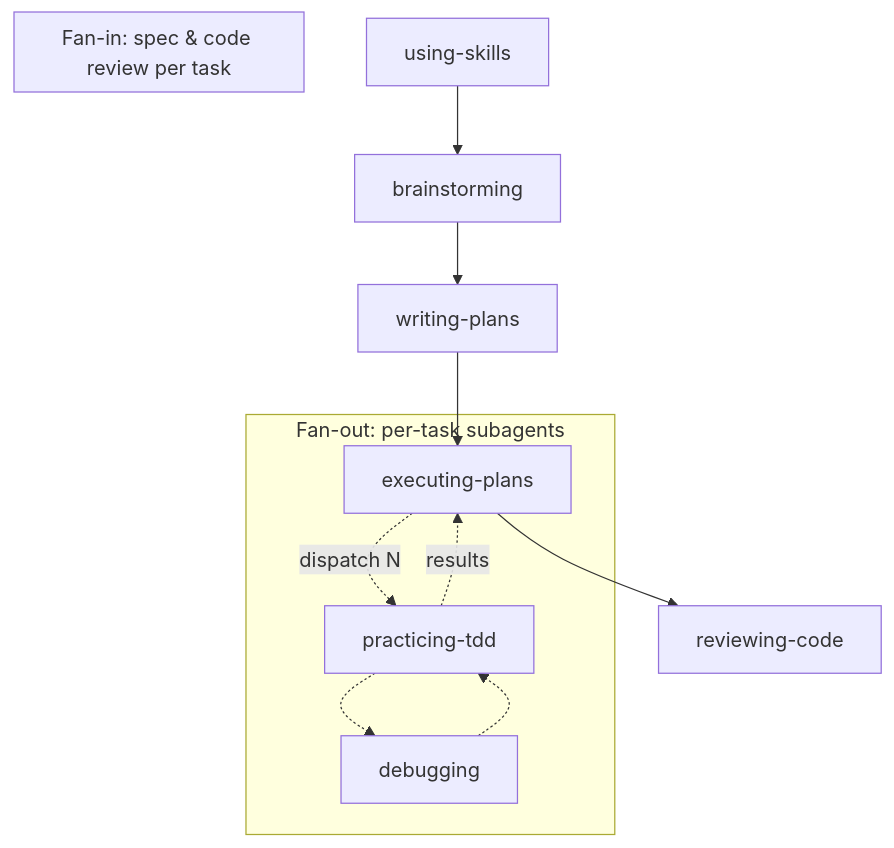
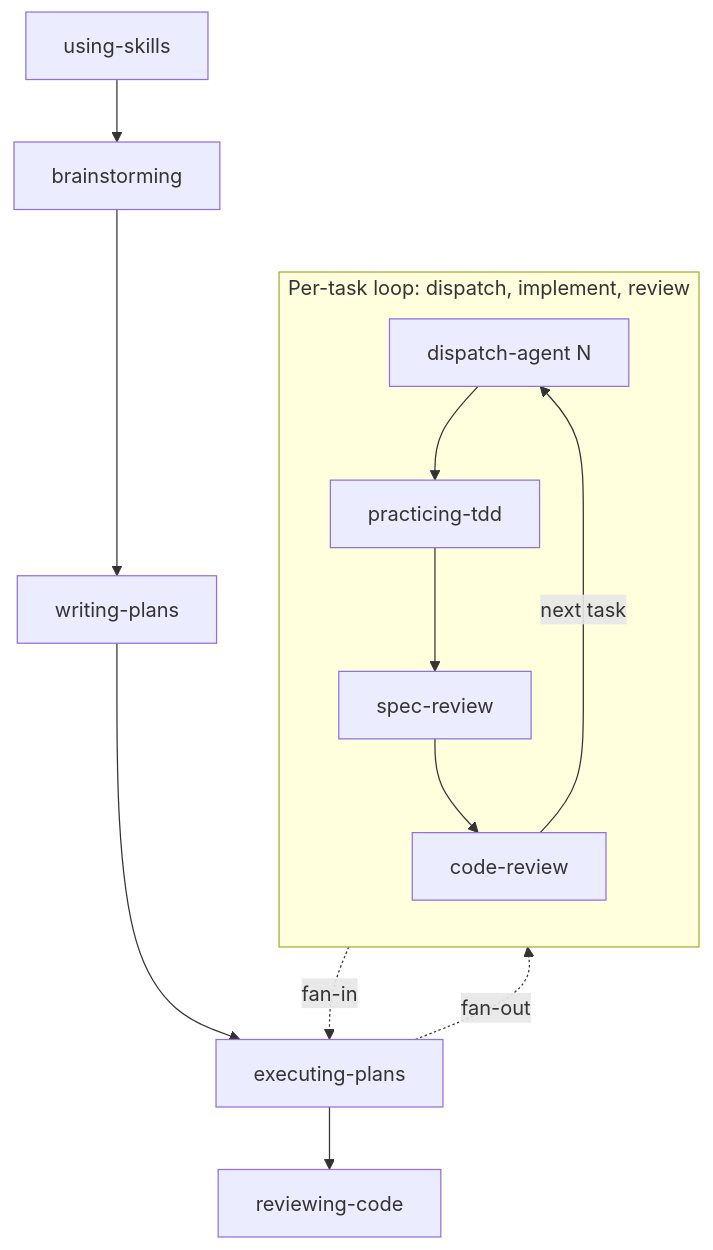
Before and after one commit to MarcosX/kiss-agentic-development: the diagram in README.md, drawn with Mermaid.

Commit message:
docs: restructure executing-plans diagram to show per-task loop

````diff
--- a/README.md
+++ b/README.md
@@ -25,17 +25,18 @@
 ```mermaid
 flowchart TB
     A[using-skills] --> B[brainstorming]
     B --> C[writing-plans]
     C --> D[executing-plans]
-    D --> E[reviewing-code]
     
-    subgraph "Fan-out: per-task subagents"
-        D -.->|dispatch N| F[practicing-tdd]
-        F -.-> G[debugging]
-        G -.-> F
+    subgraph "Per-task loop: dispatch, implement, review"
+        direction TB
+        E[dispatch-agent N] --> F[practicing-tdd]
+        F --> G[spec-review]
+        G --> H[code-review]
+        H -->|next task| E
     end
     
-    subgraph "Fan-in: spec & code review per task"
-        F -.->|results| D
-    end
+    D -.->|fan-out| E
+    H -.->|fan-in| D
+    D --> I[reviewing-code]
 ```
````
